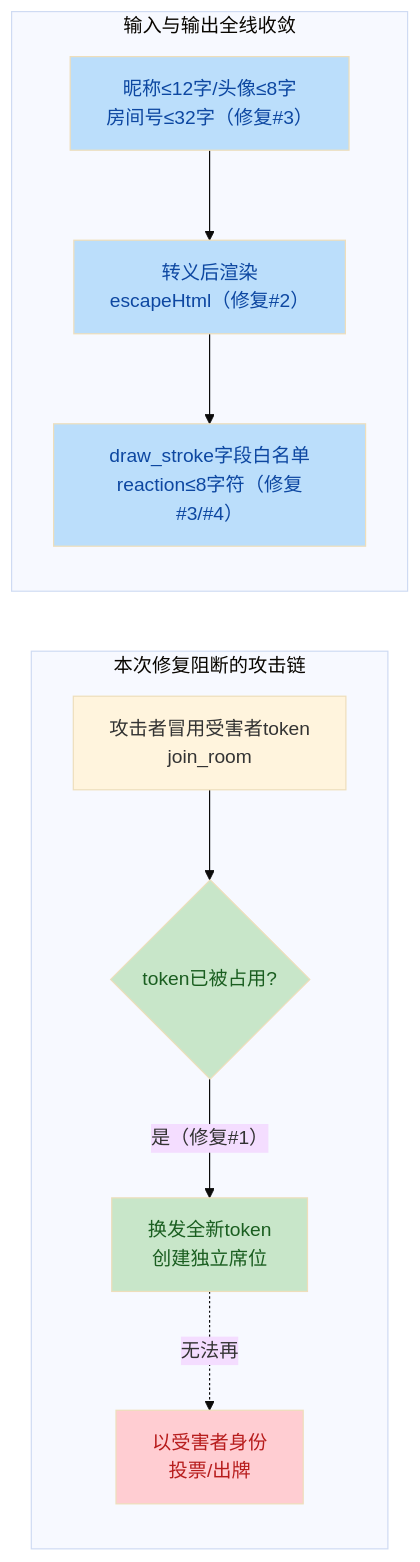
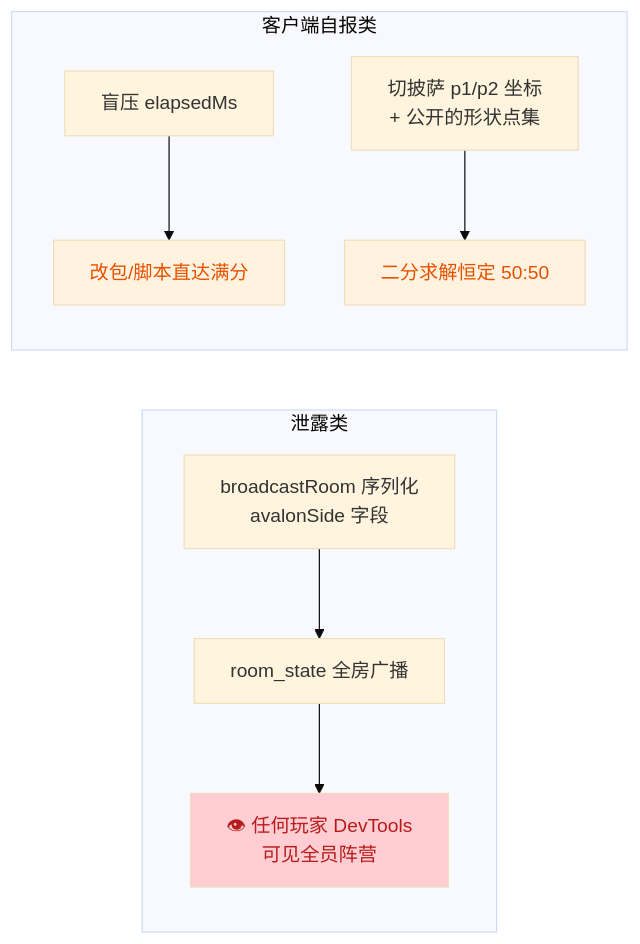
One commit to Misaka450/Partyhub changed the second of 3 diagrams in CODE_AUDIT_REPORT.md. Above: the diagram before and after it, drawn with Mermaid (base theme). The commit also changed other lines of this file and 43 other files, not shown here.

````diff
--- a/CODE_AUDIT_REPORT.md
+++ b/CODE_AUDIT_REPORT.md
@@ -33,20 +77,13 @@
 ```mermaid
 flowchart LR
-    subgraph FIXED["本次修复阻断的攻击链"]
-        direction TB
-        A1["攻击者冒用受害者token<br/>join_room"] --> A2{"token已被占用?"}
-        A2 -->|"是（修复#1）"| A3["换发全新token<br/>创建独立席位"]
-        A3 -.->|无法再| A4["以受害者身份<br/>投票/出牌"]
+    subgraph LEAK["泄露类"]
+        A1["broadcastRoom 序列化<br/>avalonSide 字段"] --> A2["room_state 全房广播"] --> A3["👁 任何玩家 DevTools<br/>可见全员阵营"]
     end
-    subgraph SANITIZED["输入与输出全线收敛"]
-        direction TB
-        B1["昵称≤12字/头像≤8字<br/>房间号≤32字（修复#3）"] --> B2["转义后渲染<br/>escapeHtml（修复#2）"]
-        B2 --> B3["draw_stroke字段白名单<br/>reaction≤8字符（修复#3/#4）"]
+    subgraph TRUST["客户端自报类"]
+        B1["盲压 elapsedMs"] --> B3["改包/脚本直达满分"]
+        B2["切披萨 p1/p2 坐标<br/>+ 公开的形状点集"] --> B4["二分求解恒定 50:50"]
     end
-    style A2 fill:#c8e6c9,color:#1a5e20
-    style A3 fill:#c8e6c9,color:#1a5e20
-    style A4 fill:#ffcdd2,color:#b71c1c
-    style B1 fill:#bbdefb,color:#0d47a1
-    style B2 fill:#bbdefb,color:#0d47a1
-    style B3 fill:#bbdefb,color:#0d47a1
+    style A3 fill:#ffcdd2,color:#b71c1c
+    style B3 fill:#fff3e0,color:#e65100
+    style B4 fill:#fff3e0,color:#e65100
 ```
````
